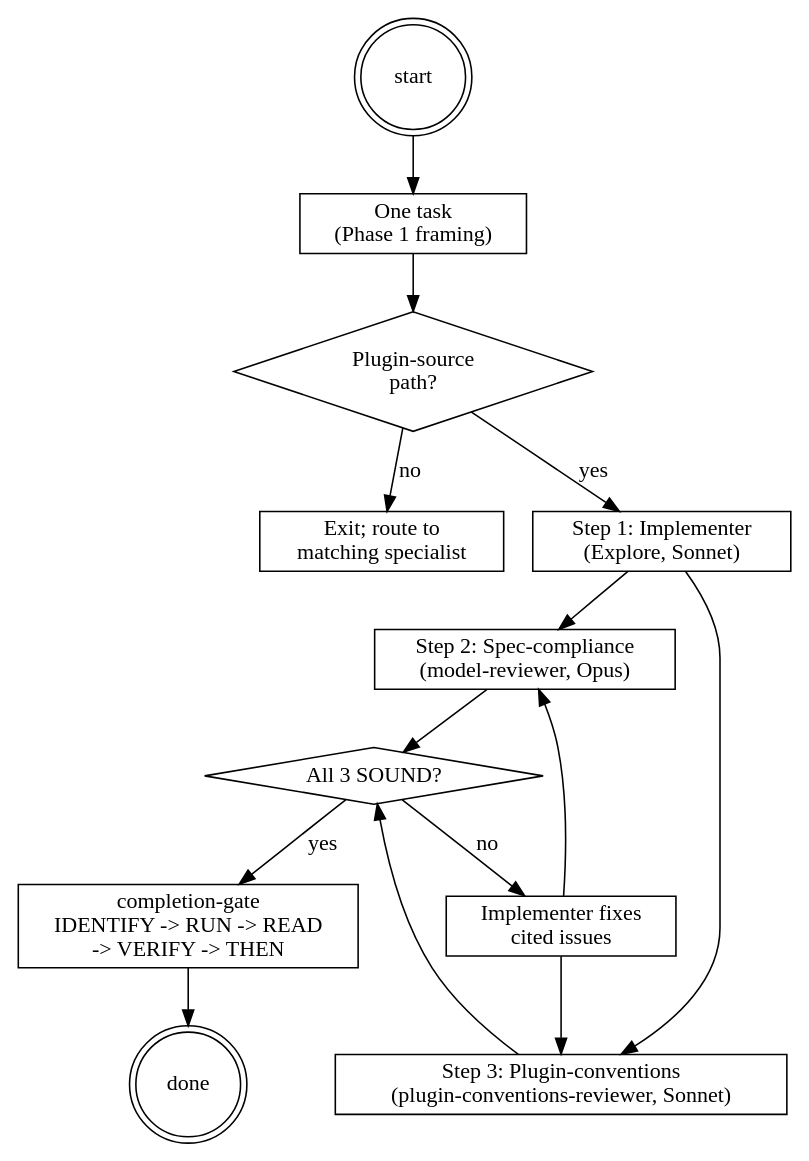
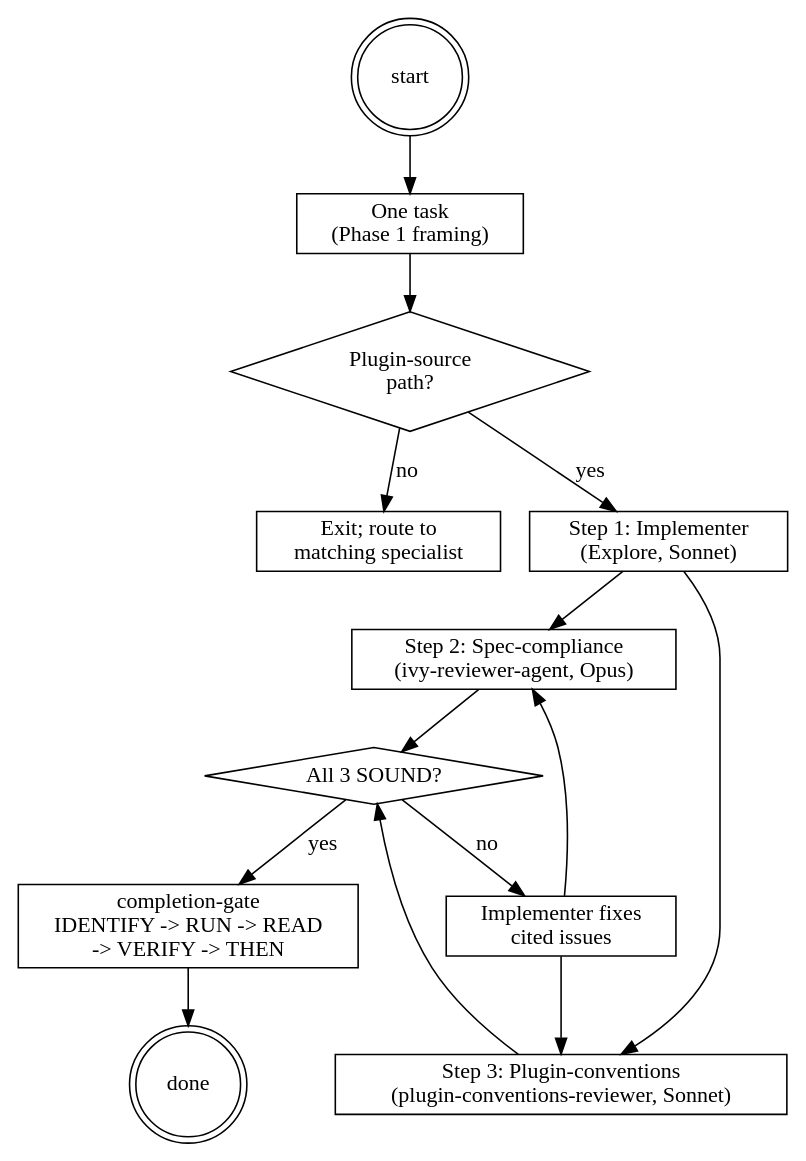
The diagram in plugins/panther-ivy-plugin/skills/meta-self-mod-ops/SKILL.md (ElNiak/panther-ivy-plugin), drawn with Graphviz before and after one commit. The commit also changed other lines of this file and 10 other files, not shown here.

````diff
--- a/plugins/panther-ivy-plugin/skills/meta-self-mod-ops/SKILL.md
+++ b/plugins/panther-ivy-plugin/skills/meta-self-mod-ops/SKILL.md
@@ -149,27 +149,27 @@
 ```dot
 digraph meta_self_mod_flow {
   start [shape=doublecircle];
   task [shape=box, label="One task\n(Phase 1 framing)"];
   guard [shape=diamond, label="Plugin-source\npath?"];
   exit [shape=box, label="Exit; route to\nmatching specialist"];
   impl [shape=box, label="Step 1: Implementer\n(Explore, Sonnet)"];
-  spec [shape=box, label="Step 2: Spec-compliance\n(model-reviewer, Opus)"];
+  spec [shape=box, label="Step 2: Spec-compliance\n(ivy-reviewer-agent, Opus)"];
   conv [shape=box, label="Step 3: Plugin-conventions\n(plugin-conventions-reviewer, Sonnet)"];
   verdict [shape=diamond, label="All 3 SOUND?"];
   fix [shape=box, label="Implementer fixes\ncited issues"];
   gate [shape=box, label="completion-gate\nIDENTIFY -> RUN -> READ\n-> VERIFY -> THEN"];
   done [shape=doublecircle];
   start -> task -> guard;
   guard -> exit [label="no"];
   guard -> impl [label="yes"];
   impl -> spec;
   impl -> conv;
   spec -> verdict;
   conv -> verdict;
   verdict -> gate [label="yes"];
   verdict -> fix [label="no"];
   fix -> spec;
   fix -> conv;
   gate -> done;
 }
 ```
````
